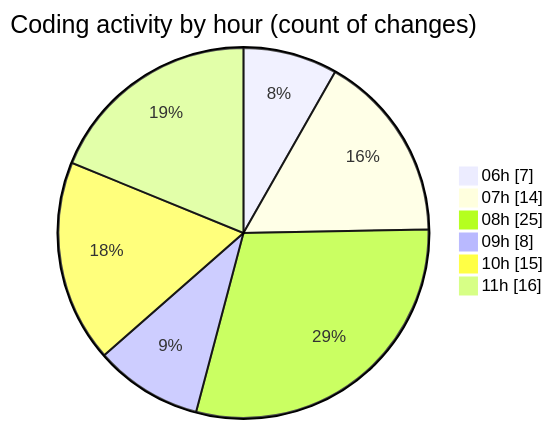
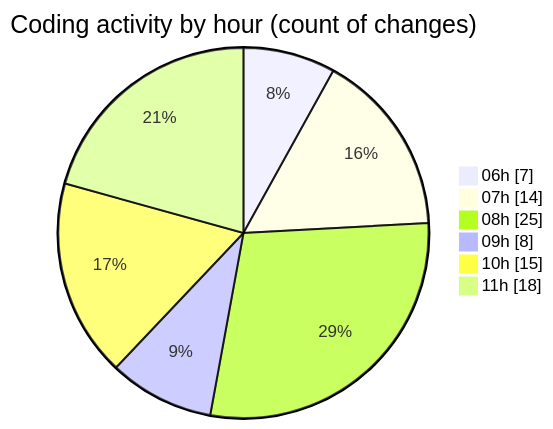
One commit to vahidmafi/code-tracking changed the second of 2 diagrams in 2025-04-18/zeytoon/README.md. Above: the diagram before and after it, drawn with Mermaid. The commit also changed other lines of this file and 1 other file, not shown here.

````diff
--- a/2025-04-18/zeytoon/README.md
+++ b/2025-04-18/zeytoon/README.md
@@ -39,10 +39,10 @@
 ```mermaid
 pie showData
 title Coding activity by hour (count of changes)
 "06h" : 7
 "07h" : 14
 "08h" : 25
 "09h" : 8
 "10h" : 15
-"11h" : 16
+"11h" : 18
 ```
````
